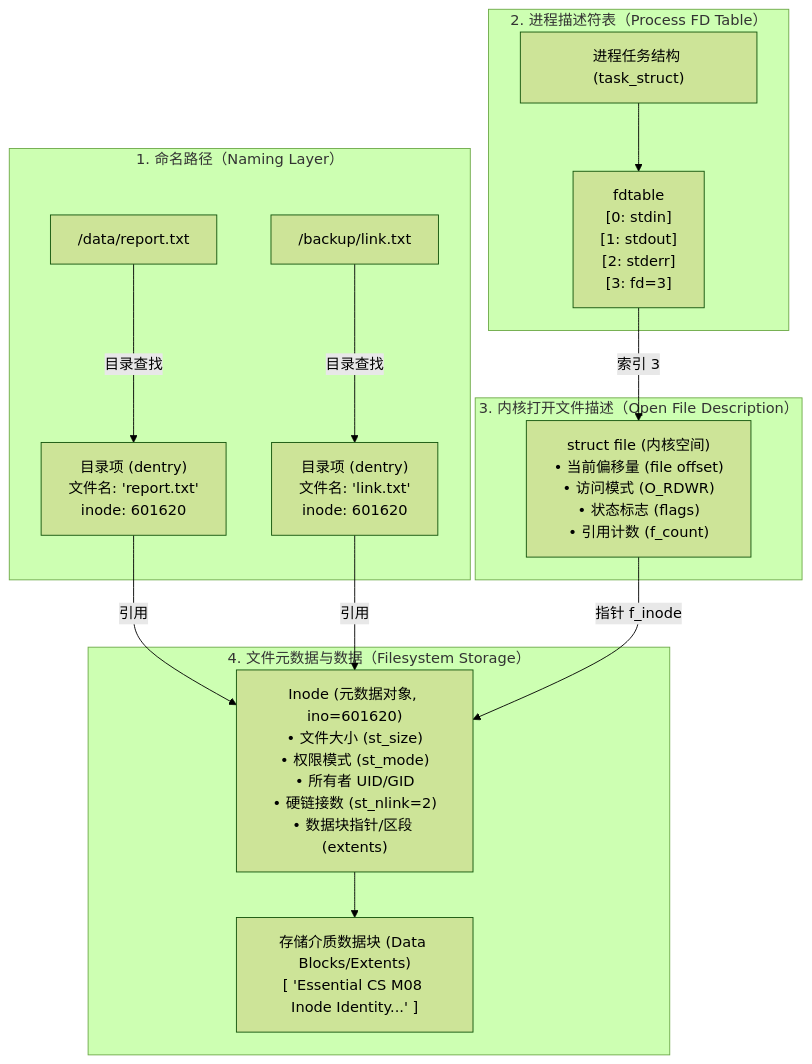
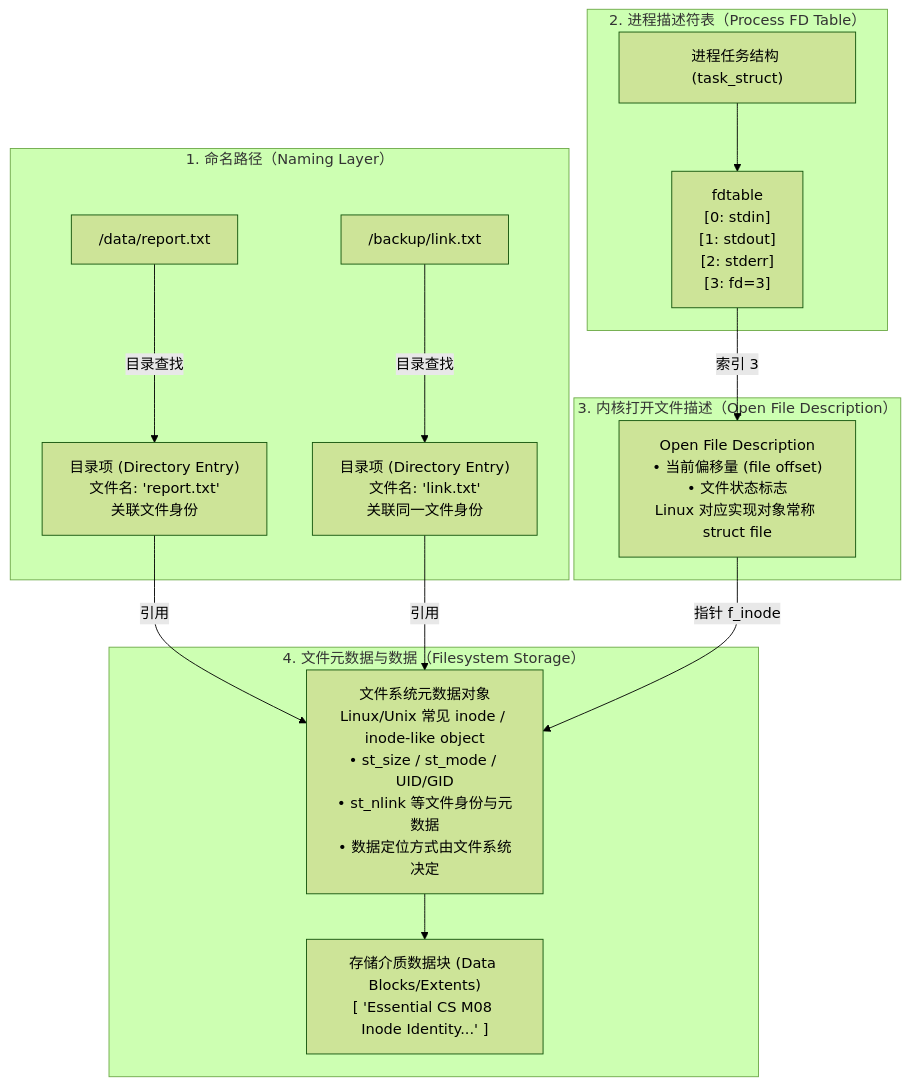
The first of 2 diagrams in book/08-files-filesystems-io/L08-01.md (CN-JJB/essential-cs), drawn with Mermaid (forest theme) before and after one commit. The commit also changed other lines of this file, not shown here.

Commit message:
Lead SIMPLE FIX: tighten pathname dentry OFD and unlink lifetime layers

````diff
--- a/book/08-files-filesystems-io/L08-01.md
+++ b/book/08-files-filesystems-io/L08-01.md
@@ -40,22 +40,22 @@
 ```mermaid
 flowchart TD
     subgraph HumanNaming["1. 命名路径（Naming Layer）"]
-        P1["/data/report.txt"] -->|目录查找| D1["目录项 (dentry)<br>文件名: 'report.txt'<br>inode: 601620"]
-        P2["/backup/link.txt"] -->|目录查找| D2["目录项 (dentry)<br>文件名: 'link.txt'<br>inode: 601620"]
+        P1["/data/report.txt"] -->|目录查找| D1["目录项 (Directory Entry)<br>文件名: 'report.txt'<br>关联文件身份"]
+        P2["/backup/link.txt"] -->|目录查找| D2["目录项 (Directory Entry)<br>文件名: 'link.txt'<br>关联同一文件身份"]
     end
 
     subgraph ProcessContext["2. 进程描述符表（Process FD Table）"]
         Proc["进程任务结构 (task_struct)"] --> FDT["fdtable<br>[0: stdin]<br>[1: stdout]<br>[2: stderr]<br>[3: fd=3]"]
     end
 
     subgraph KernelOpenContext["3. 内核打开文件描述（Open File Description）"]
-        FDT -->|索引 3| OFD["struct file (内核空间)<br>• 当前偏移量 (file offset)<br>• 访问模式 (O_RDWR)<br>• 状态标志 (flags)<br>• 引用计数 (f_count)"]
+        FDT -->|索引 3| OFD["Open File Description<br>• 当前偏移量 (file offset)<br>• 文件状态标志<br>Linux 对应实现对象常称 struct file"]
     end
 
     subgraph StorageMetadata["4. 文件元数据与数据（Filesystem Storage）"]
-        D1 -->|引用| INODE["Inode (元数据对象, ino=601620)<br>• 文件大小 (st_size)<br>• 权限模式 (st_mode)<br>• 所有者 UID/GID<br>• 硬链接数 (st_nlink=2)<br>• 数据块指针/区段 (extents)"]
+        D1 -->|引用| INODE["文件系统元数据对象<br>Linux/Unix 常见 inode / inode-like object<br>• st_size / st_mode / UID/GID<br>• st_nlink 等文件身份与元数据<br>• 数据定位方式由文件系统决定"]
         D2 -->|引用| INODE
         OFD -->|指针 f_inode| INODE
         INODE --> BLOCKS["存储介质数据块 (Data Blocks/Extents)<br>[ 'Essential CS M08 Inode Identity...' ]"]
     end
 ```
````
